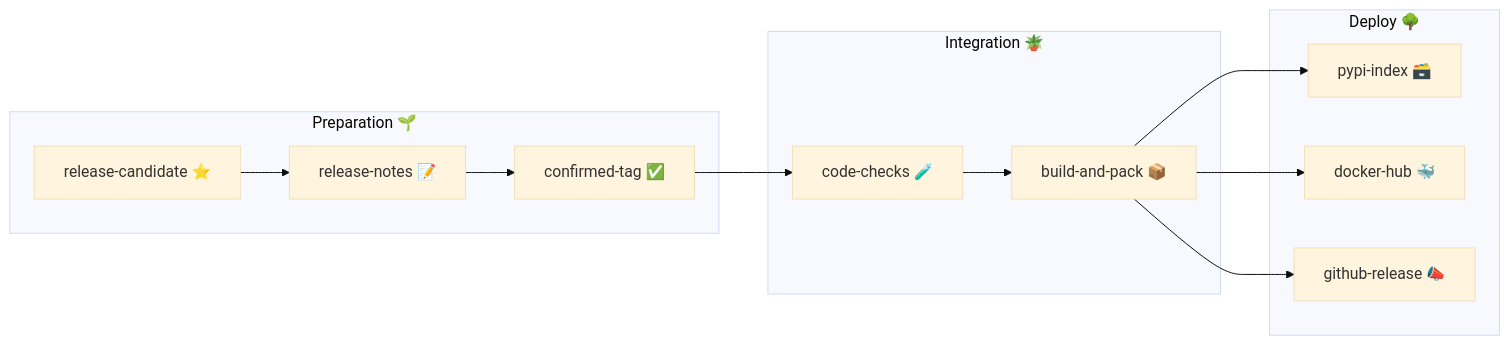
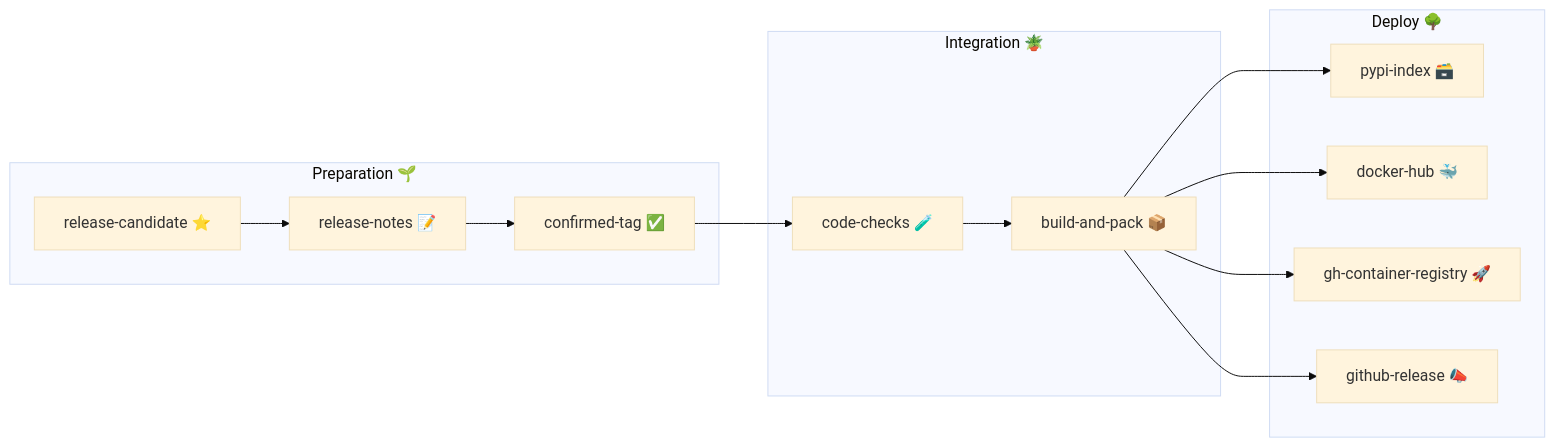
Before and after one commit to pypiserver/pypiserver: the diagram in docs/contents/repo-maintenance/release-work.md, drawn with Mermaid (base theme). The commit also changed other lines of this file, not shown here.

````diff
--- a/docs/contents/repo-maintenance/release-work.md
+++ b/docs/contents/repo-maintenance/release-work.md
@@ -8,21 +8,22 @@
 ```mermaid
 flowchart LR
     rc["release-candidate ⭐️"]
     rn["release-notes 📝"]
     rm["confirmed-tag ✅"]
     ci["code-checks 🧪"]
     pk["build-and-pack 📦"]
     py["pypi-index 🗃️"]
     do["docker-hub 🐳"]
+    gh["gh-container-registry 🚀"]
     gr["github-release 📣"]
 
     subgraph "Preparation 🌱"
     rc-->rn-->rm
     end
     subgraph "Integration 🪴"
     rm-->ci-->pk
     end
     subgraph "Deploy 🌳"
-    pk--> py & do & gr
+    pk--> py & do & gh & gr
     end
 ```
````
